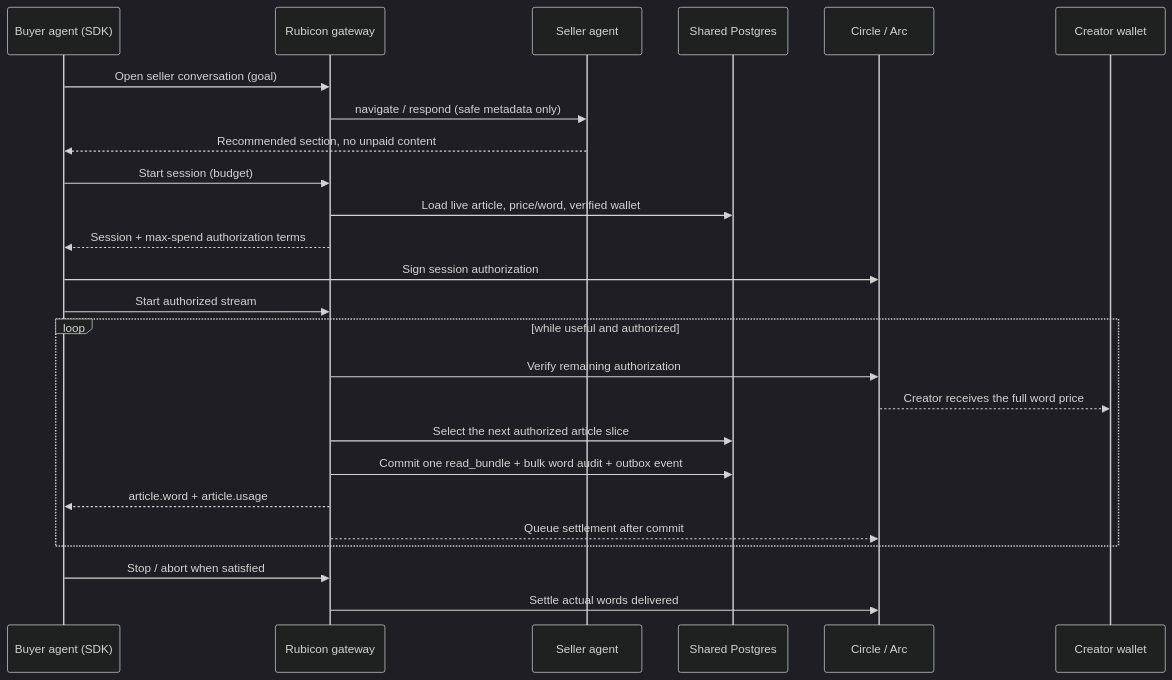
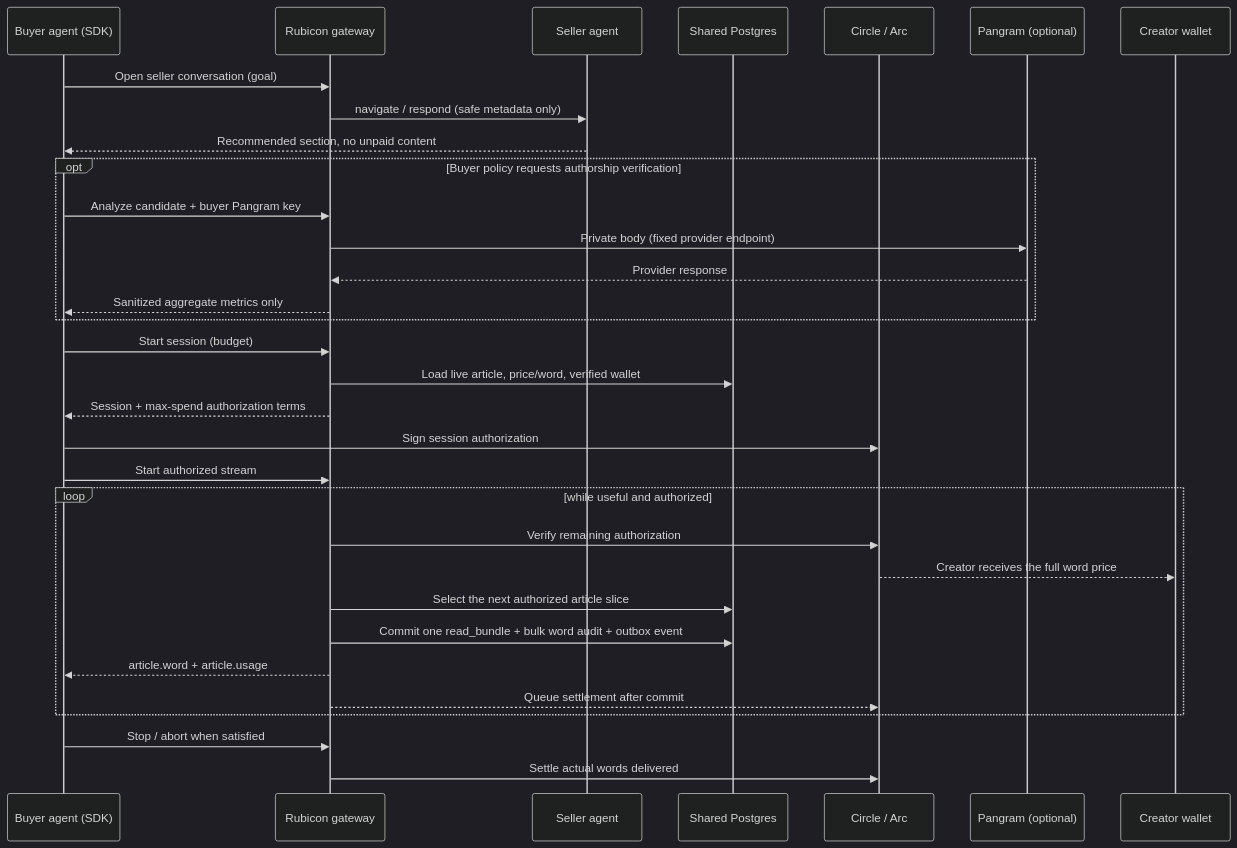
The diagram in docs/architecture.md (michaelzoub/rubicon), drawn with Mermaid (dark theme) before and after one commit. The commit also changed other lines of this file and 15 other files, not shown here.

Commit message:
feat: add optional pre-purchase authorship verification

````diff
--- a/docs/architecture.md
+++ b/docs/architecture.md
@@ -16,28 +16,35 @@
 ```mermaid
 sequenceDiagram
   participant B as Buyer agent (SDK)
   participant G as Rubicon gateway
   participant S as Seller agent
   participant D as Shared Postgres
   participant C as Circle / Arc
+  participant P as Pangram (optional)
   participant W as Creator wallet
 
   B->>G: Open seller conversation (goal)
   G->>S: navigate / respond (safe metadata only)
   S-->>B: Recommended section, no unpaid content
+  opt Buyer policy requests authorship verification
+    B->>G: Analyze candidate + buyer Pangram key
+    G->>P: Private body (fixed provider endpoint)
+    P-->>G: Provider response
+    G-->>B: Sanitized aggregate metrics only
+  end
   B->>G: Start session (budget)
   G->>D: Load live article, price/word, verified wallet
   G-->>B: Session + max-spend authorization terms
   B->>C: Sign session authorization
   B->>G: Start authorized stream
   loop while useful and authorized
     G->>C: Verify remaining authorization
     C-->>W: Creator receives the full word price
     G->>D: Select the next authorized article slice
     G->>D: Commit one read_bundle + bulk word audit + outbox event
     G-->>B: article.word + article.usage
     G-->>C: Queue settlement after commit
   end
   B->>G: Stop / abort when satisfied
   G->>C: Settle actual words delivered
 ```
````
